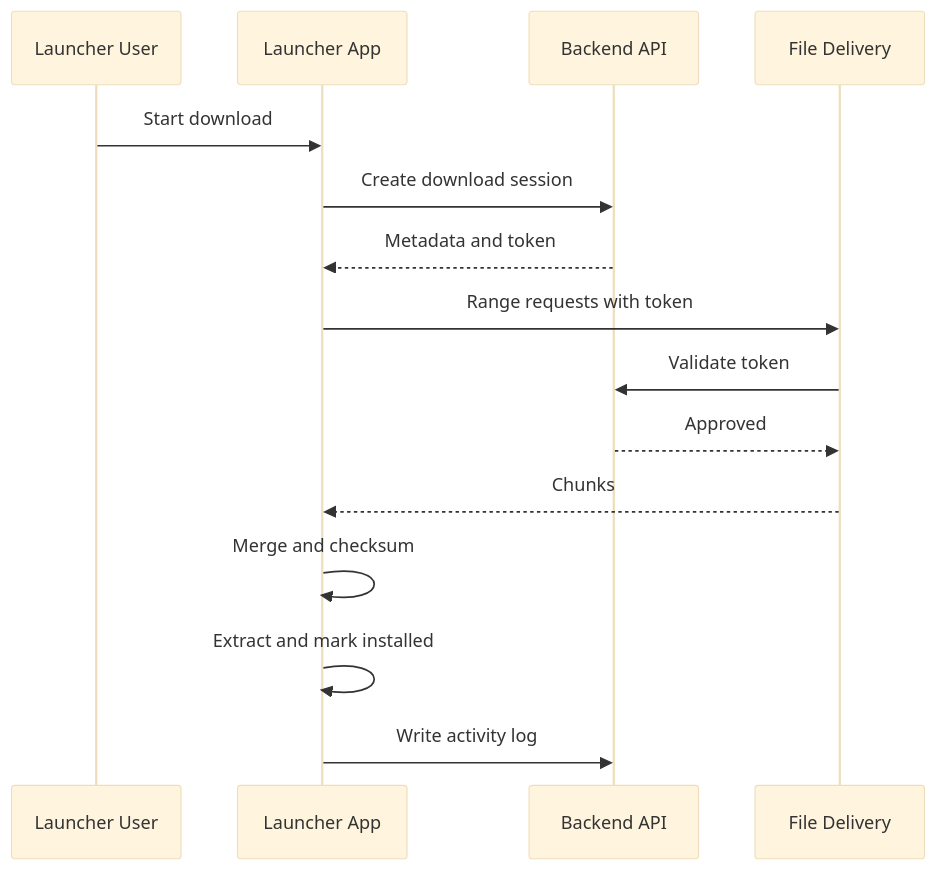
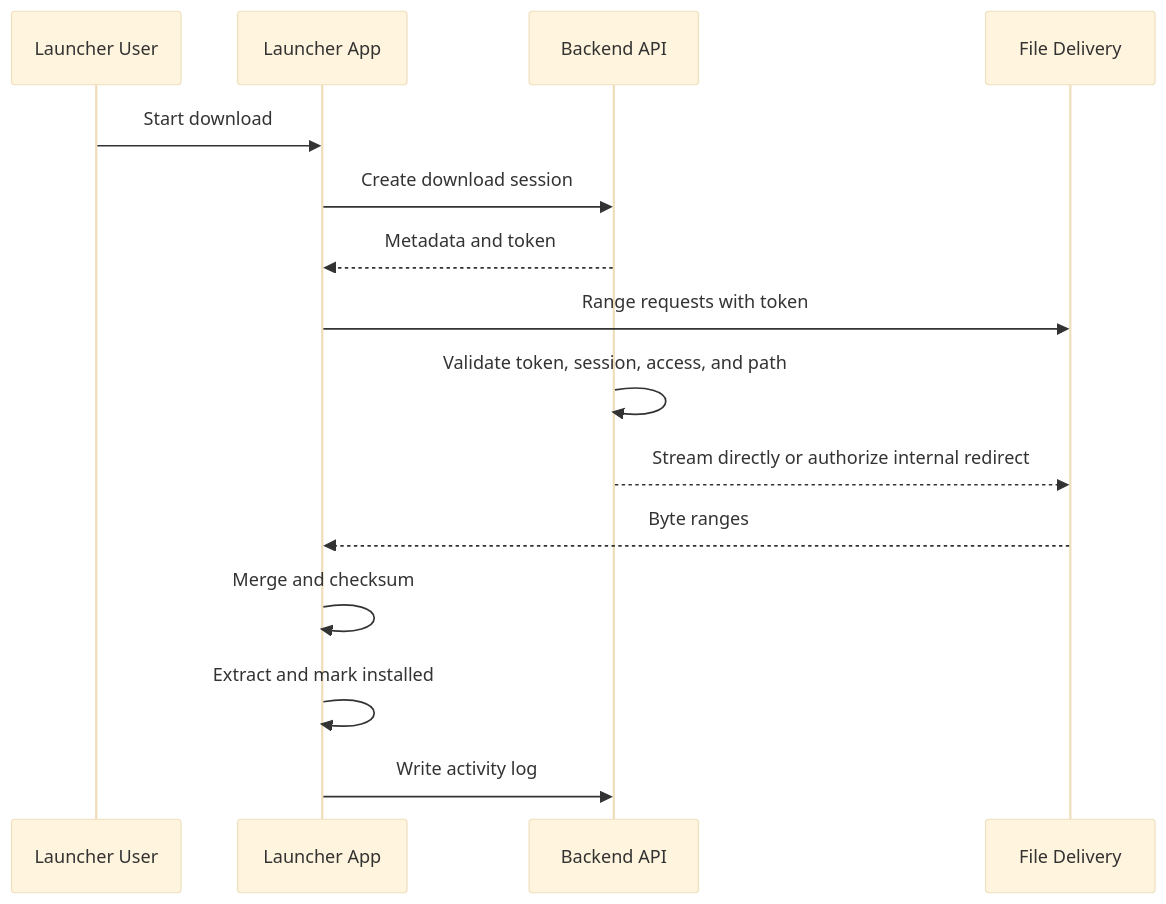
One commit to nsmony/VIZZIO_Deployment_Platform changed the fifth of 5 diagrams in docs/diagrams.md. Above: the diagram before and after it, drawn with Mermaid (base theme). The commit also changed other lines of this file and 21 other files, not shown here.

````diff
--- a/docs/diagrams.md
+++ b/docs/diagrams.md
@@ -89,18 +89,18 @@
 ```mermaid
 sequenceDiagram
     participant U as Launcher User
     participant L as Launcher App
     participant B as Backend API
     participant F as File Delivery
 
     U->>L: Start download
     L->>B: Create download session
     B-->>L: Metadata and token
     L->>F: Range requests with token
-    F->>B: Validate token
-    B-->>F: Approved
-    F-->>L: Chunks
+    B->>B: Validate token, session, access, and path
+    B-->>F: Stream directly or authorize internal redirect
+    F-->>L: Byte ranges
     L->>L: Merge and checksum
     L->>L: Extract and mark installed
     L->>B: Write activity log
 ```
````
